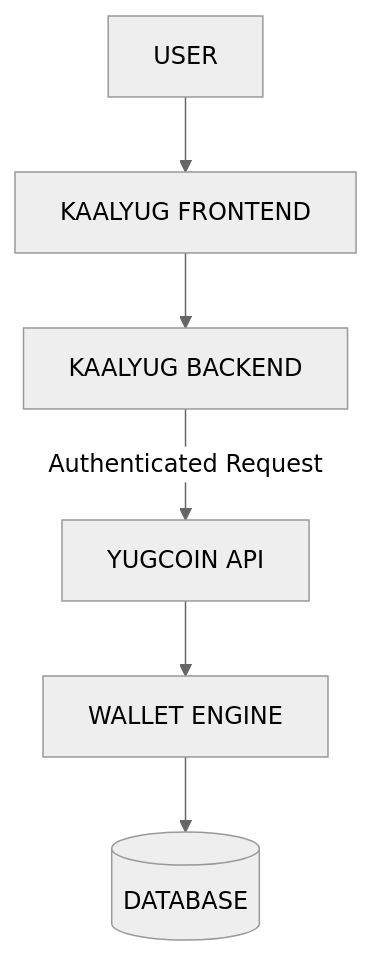
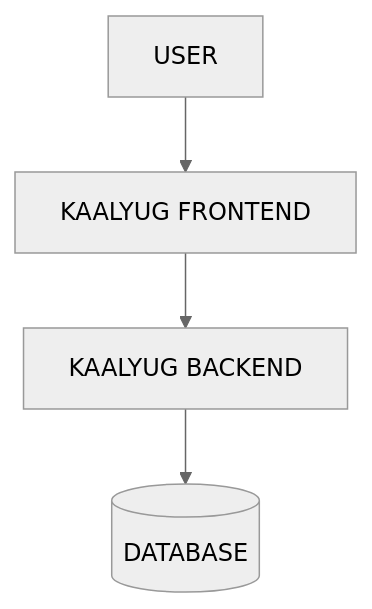
One commit to drj7zz/kaalyug changed the fourth of 8 diagrams in README.md. Above: the diagram before and after it, drawn with Mermaid (neutral theme). The commit also changed other lines of this file and 40 other files, not shown here.

````diff
--- a/README.md
+++ b/README.md
@@ -361,8 +229,6 @@
 ```mermaid
 flowchart TD
     A[USER] --> B[KAALYUG FRONTEND]
     B --> C[KAALYUG BACKEND]
-    C -->|Authenticated Request| D[YUGCOIN API]
-    D --> E[WALLET ENGINE]
-    E --> F[(DATABASE)]
+    C --> D[(DATABASE)]
 ```
````
